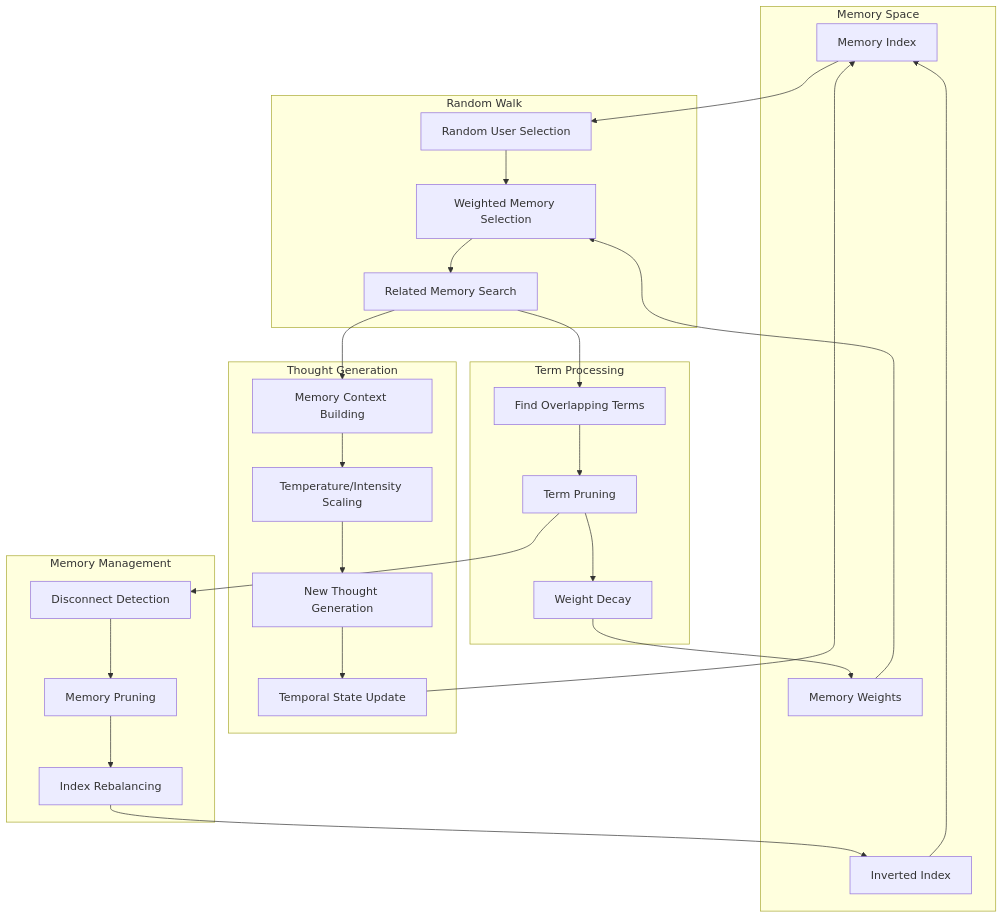
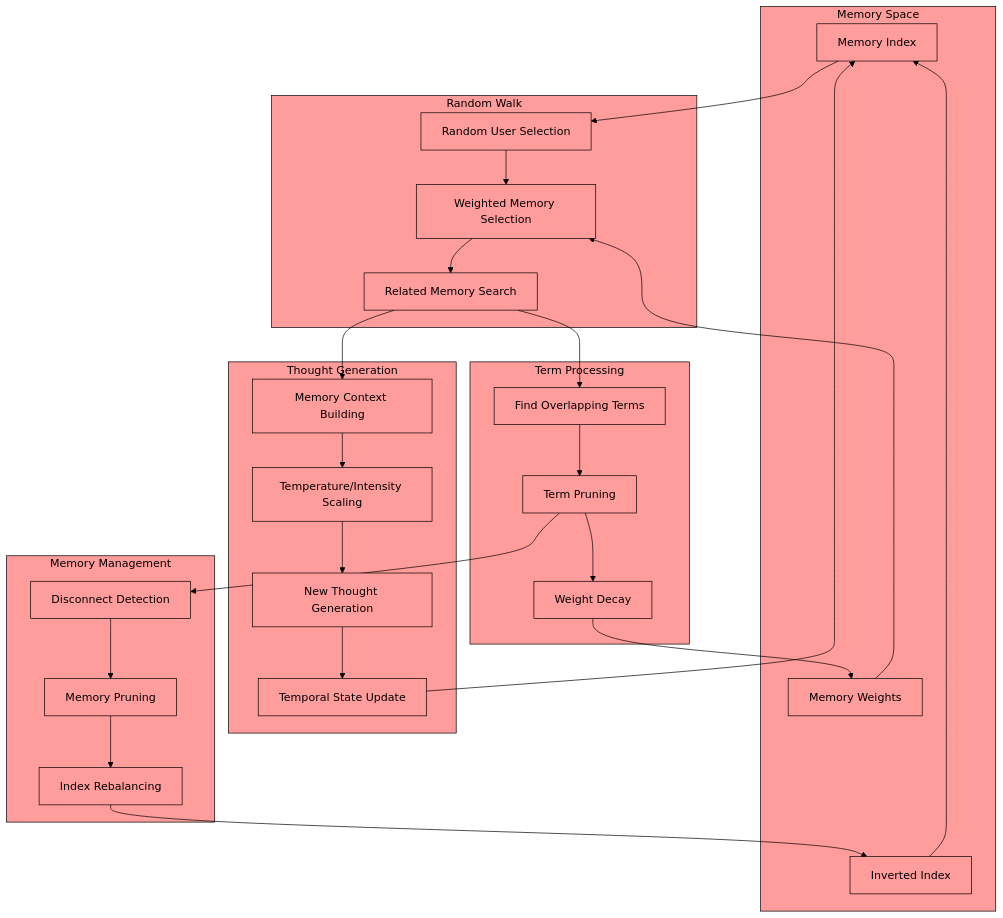
The diagram in docs/defaultmode_flow.md (EveryOneIsGross/defaultmodeAGENT), drawn with Mermaid before and after one commit. The commit also changed other lines of this file and 22 other files, not shown here.

````diff
--- a/docs/defaultmode_flow.md
+++ b/docs/defaultmode_flow.md
@@ -4,56 +2,81 @@
 ```mermaid
+%%{
+  init: {
+    'theme': 'base',
+    'themeVariables': {
+      'primaryColor': '#ff9c9c',
+      'primaryTextColor': '#000000',
+      'primaryBorderColor': '#000000',
+      'lineColor': '#000000',
+      'secondaryColor': '#ff9c9c',
+      'tertiaryColor': '#ff9c9c',
+      'backgroundColor': '#ff9c9c',
+      'background': '#ff9c9c',
+      'nodeBorder': '#000000',
+      'textColor': '#000000',
+      'mainBkg': '#ff9c9c',
+      'edgeLabelBackground': '#ff9c9c',
+      'clusterBkg': '#ff9c9c',
+      'clusterBorder': '#000000',
+      'titleColor': '#000000',
+      'fontFamily': 'Courier New, Courier, monospace',
+      'noteBackgroundColor': '#ff9c9c',
+      'noteBorderColor': '#000000'
+    }
+  }
+}%%
 flowchart TB
     subgraph Memory["Memory Space"]
         MI[Memory Index]
         II[Inverted Index]
         MW[Memory Weights]
     end
 
     subgraph Selection["Random Walk"]
         RS[Random User Selection]
         WS[Weighted Memory Selection]
         RM[Related Memory Search]
     end
 
     subgraph Processing["Term Processing"]
         OT[Find Overlapping Terms]
         TP[Term Pruning]
         WD[Weight Decay]
     end
 
     subgraph Generation["Thought Generation"]
         MC[Memory Context Building]
         TG[Temperature/Intensity Scaling]
         NT[New Thought Generation]
         TS[Temporal State Update]
     end
 
     subgraph Cleanup["Memory Management"]
         DC[Disconnect Detection]
         MP[Memory Pruning]
         IR[Index Rebalancing]
     end
 
     MI --> RS
     MW --> WS
     RS --> WS
     WS --> RM
     RM --> OT
     
     OT --> TP
     TP --> WD
     WD --> MW
     
     RM --> MC
     MC --> TG
     TG --> NT
     NT --> TS
     TS --> MI
     
     TP --> DC
     DC --> MP
     MP --> IR
     IR --> II
     II --> MI
 
 ```
````
